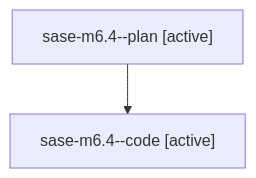
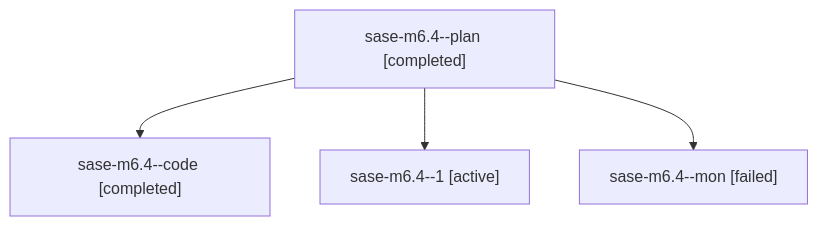
Before and after one commit to sase-org/sase--agents: the diagram in families/bbugyi200.athena.sase-m6.4.md, drawn with Mermaid. The commit also changed other lines of this file and 67 other files, not shown here.

````diff
--- a/families/bbugyi200.athena.sase-m6.4.md
+++ b/families/bbugyi200.athena.sase-m6.4.md
@@ -9,6 +9,10 @@
 ```mermaid
 flowchart TD
-  n0["sase-m6.4--plan [active]"]
-  n1["sase-m6.4--code [active]"]
+  n0["sase-m6.4--plan [completed]"]
+  n1["sase-m6.4--code [completed]"]
   n0 --> n1
+  n2["sase-m6.4--1 [active]"]
+  n0 --> n2
+  n3["sase-m6.4--mon [failed]"]
+  n0 --> n3
 ```
````
